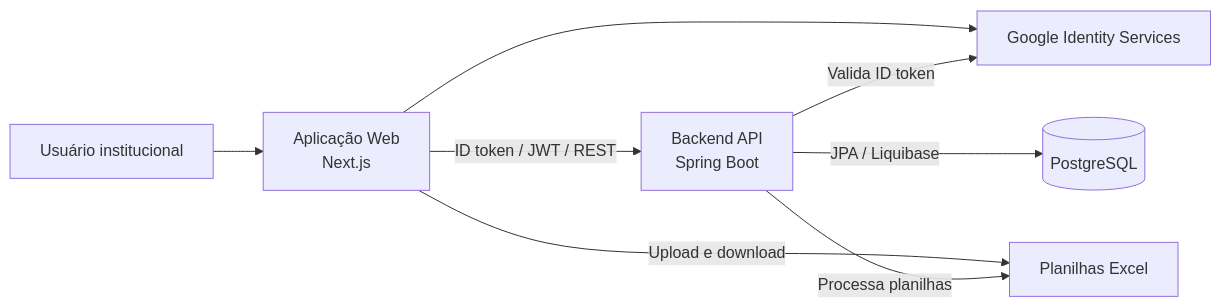
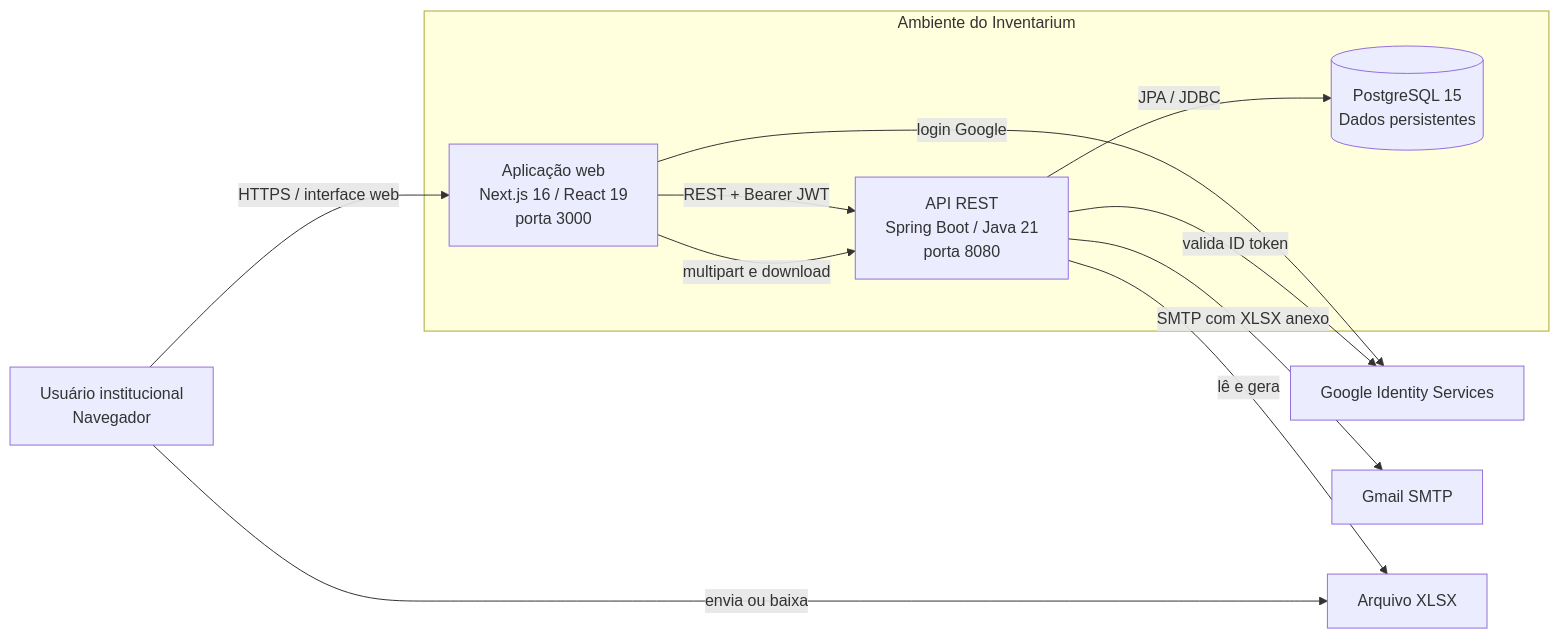
Before and after one commit to ifpebj-ti/inventario-patrimonio-cces: the diagram in docs/wiki/C4-Containers.md, drawn with Mermaid. The commit also changed other lines of this file and 2 other files, not shown here.

````diff
--- a/docs/wiki/C4-Containers.md
+++ b/docs/wiki/C4-Containers.md
@@ -5,10 +7,24 @@
 ```mermaid
 flowchart LR
-    user["Usuário institucional"] --> web["Aplicação Web\nNext.js"]
-    web -->|"ID token / JWT / REST"| api["Backend API\nSpring Boot"]
-    web --> google["Google Identity Services"]
-    api -->|"Valida ID token"| google
-    api -->|"JPA / Liquibase"| db[("PostgreSQL")]
-    web -->|"Upload e download"| excel["Planilhas Excel"]
-    api -->|"Processa planilhas"| excel
+    usuario["Usuário institucional\nNavegador"]
+
+    subgraph runtime["Ambiente do Inventarium"]
+        web["Aplicação web\nNext.js 16 / React 19\nporta 3000"]
+        api["API REST\nSpring Boot / Java 21\nporta 8080"]
+        banco[("PostgreSQL 15\nDados persistentes")]
+    end
+
+    google["Google Identity Services"]
+    smtp["Gmail SMTP"]
+    xlsx["Arquivo XLSX"]
+
+    usuario -->|"HTTPS / interface web"| web
+    web -->|"login Google"| google
+    web -->|"REST + Bearer JWT"| api
+    api -->|"valida ID token"| google
+    api -->|"JPA / JDBC"| banco
+    usuario -->|"envia ou baixa"| xlsx
+    web -->|"multipart e download"| api
+    api -->|"lê e gera"| xlsx
+    api -->|"SMTP com XLSX anexo"| smtp
 ```
````
